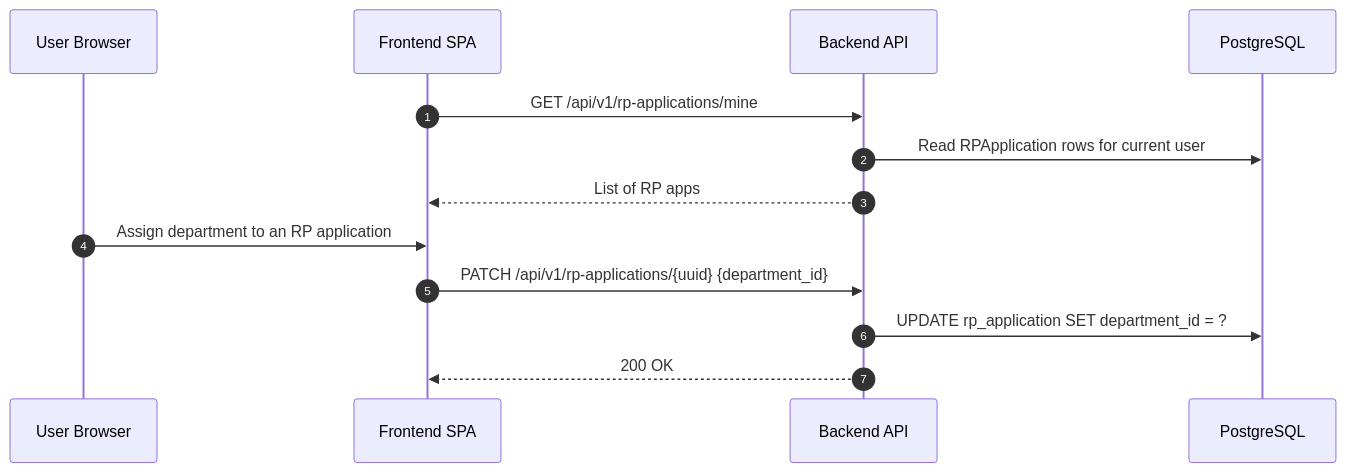
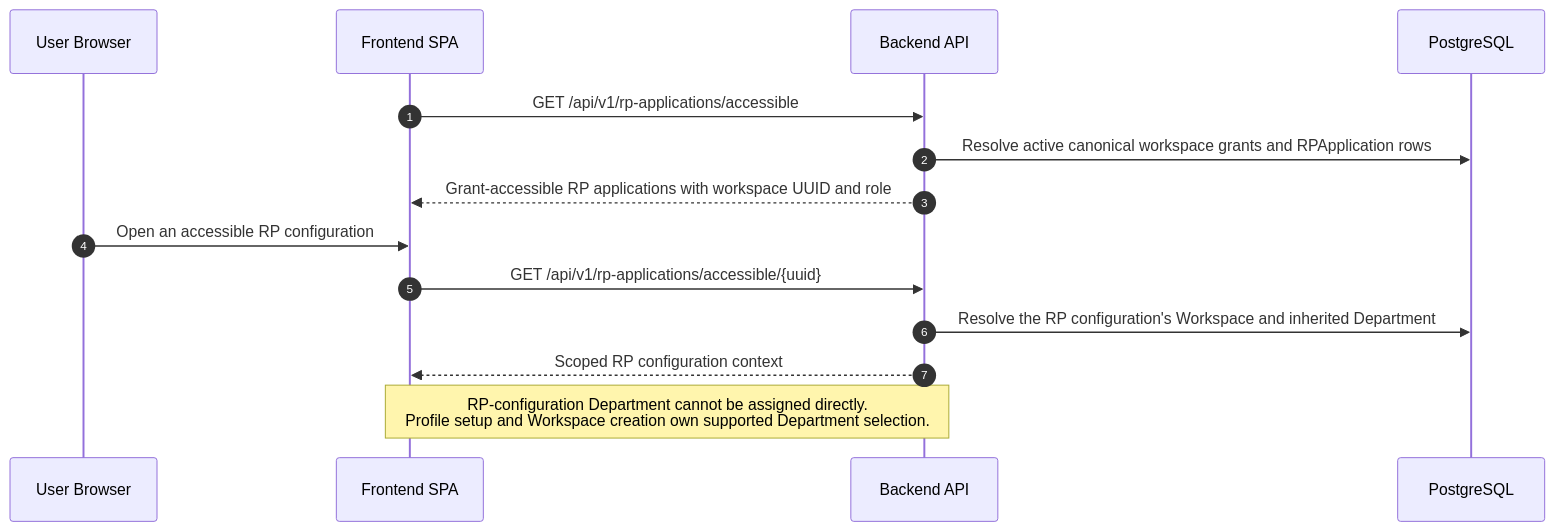
The fifth of 13 diagrams in docs/plans/partner-portal-mvp-data-flows.md (cds-snc/canadalogin-partner-portal), drawn with Mermaid before and after one commit. The commit also changed other lines of this file and 1343 other files, not shown here.

````diff
--- a/docs/plans/partner-portal-mvp-data-flows.md
+++ b/docs/plans/partner-portal-mvp-data-flows.md
@@ -142,17 +146,19 @@
 ```mermaid
 sequenceDiagram
     autonumber
     participant U as User Browser
     participant FE as Frontend SPA
     participant BE as Backend API
     participant DB as PostgreSQL
 
-    FE->>BE: GET /api/v1/rp-applications/mine
-    BE->>DB: Read RPApplication rows for current user
-    BE-->>FE: List of RP apps
+    FE->>BE: GET /api/v1/rp-applications/accessible
+    BE->>DB: Resolve active canonical workspace grants and RPApplication rows
+    BE-->>FE: Grant-accessible RP applications with workspace UUID and role
 
-    U->>FE: Assign department to an RP application
-    FE->>BE: PATCH /api/v1/rp-applications/{uuid} {department_id}
-    BE->>DB: UPDATE rp_application SET department_id = ?
-    BE-->>FE: 200 OK
+    U->>FE: Open an accessible RP configuration
+    FE->>BE: GET /api/v1/rp-applications/accessible/{uuid}
+    BE->>DB: Resolve the RP configuration's Workspace and inherited Department
+    BE-->>FE: Scoped RP configuration context
+
+    Note over FE,BE: RP-configuration Department cannot be assigned directly.<br/>Profile setup and Workspace creation own supported Department selection.
 ```
````
